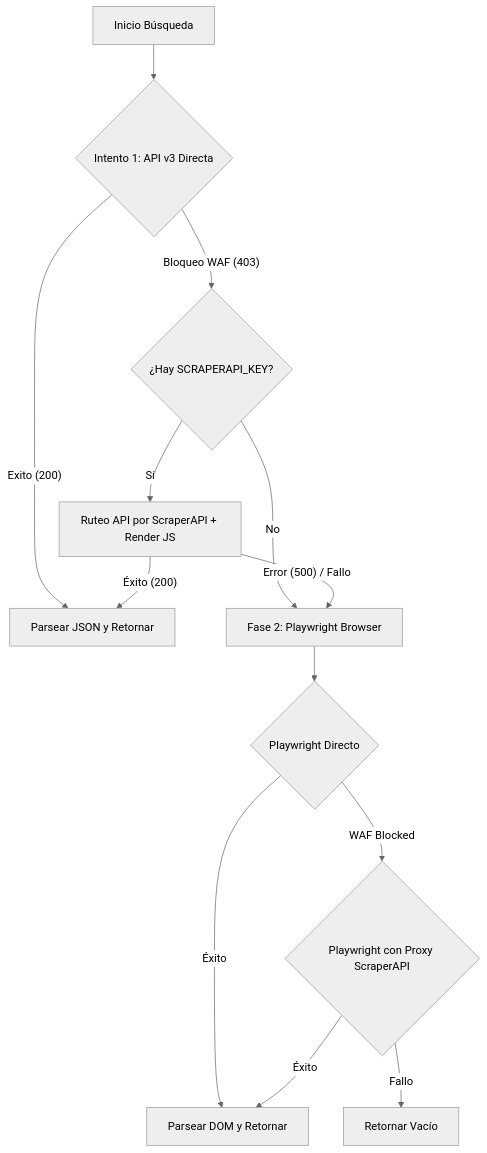
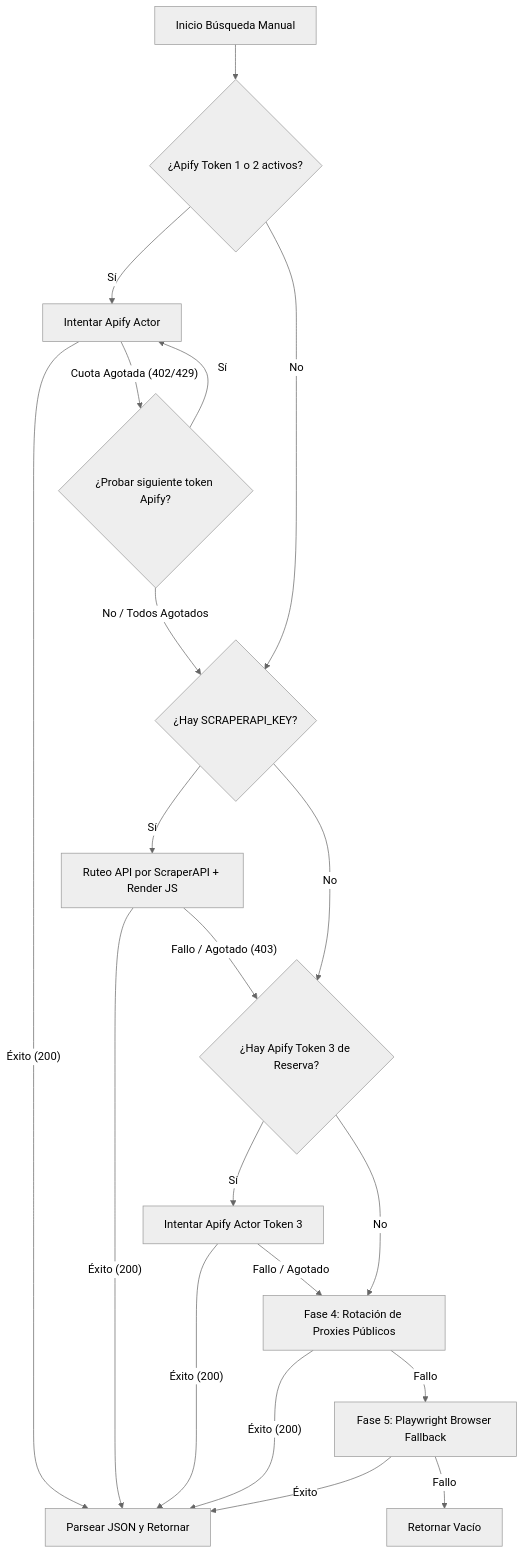
One commit to DavidLopezGarci4/oraculo-nueva-eternia changed the diagram in docs/GUIA_TECNICA_WALLAPOP_NEXUS.md. Above: the diagram before and after it, drawn with Mermaid (neutral theme). The commit also changed other lines of this file and 1 other file, not shown here.

Commit message:
docs: actualizar guías técnicas de Wallapop y sincronización del Purgatorio
- Se reestructura docs/GUIA_TECNICA_WALLAPOP_NEXUS.md para incorporar el nuevo diagrama de flujo de cascada inteligente multi-token (APIFY_TOKEN 1, 2 y 3) y la priorización manual.
- Se crea el documento docs/technical/PURGATORY_SYNC_ARCHITECTURE.md para detallar el flujo de encolamiento local y la solución técnica implemented con locallyProcessedIds para erradicar el lag del refetch en el mazo.
- Alineado bajo las especificaciones de arquitectura y mantenimiento 3OX del proyecto.

````diff
--- a/docs/GUIA_TECNICA_WALLAPOP_NEXUS.md
+++ b/docs/GUIA_TECNICA_WALLAPOP_NEXUS.md
@@ -11,15 +11,22 @@
 ```mermaid
 graph TD
-    A[Inicio Búsqueda] --> B{Intento 1: API v3 Directa}
-    B -- Exito (200) --> C[Parsear JSON y Retornar]
-    B -- Bloqueo WAF (403) --> D{¿Hay SCRAPERAPI_KEY?}
-    D -- Sí --> E[Ruteo API por ScraperAPI + Render JS]
-    D -- No --> F[Fase 2: Playwright Browser]
-    E -- Éxito (200) --> C
-    E -- Error (500) / Fallo --> F
-    F --> G{Playwright Directo}
-    G -- WAF Blocked --> H{Playwright con Proxy ScraperAPI}
-    G -- Éxito --> I[Parsear DOM y Retornar]
-    H -- Éxito --> I
-    H -- Fallo --> J[Retornar Vacío]
+    A[Inicio Búsqueda Manual] --> B{¿Apify Token 1 o 2 activos?}
+    B -- Sí --> C[Intentar Apify Actor]
+    C -- Éxito (200) --> D[Parsear JSON y Retornar]
+    C -- Cuota Agotada (402/429) --> E{¿Probar siguiente token Apify?}
+    E -- Sí --> C
+    E -- No / Todos Agotados --> F{¿Hay SCRAPERAPI_KEY?}
+    B -- No --> F
+    F -- Sí --> G[Ruteo API por ScraperAPI + Render JS]
+    G -- Éxito (200) --> D
+    G -- Fallo / Agotado (403) --> H{¿Hay Apify Token 3 de Reserva?}
+    F -- No --> H
+    H -- Sí --> I[Intentar Apify Actor Token 3]
+    I -- Éxito (200) --> D
+    I -- Fallo / Agotado --> J[Fase 4: Rotación de Proxies Públicos]
+    H -- No --> J
+    J -- Éxito (200) --> D
+    J -- Fallo --> K[Fase 5: Playwright Browser Fallback]
+    K -- Éxito --> D
+    K -- Fallo --> L[Retornar Vacío]
 ```
````
